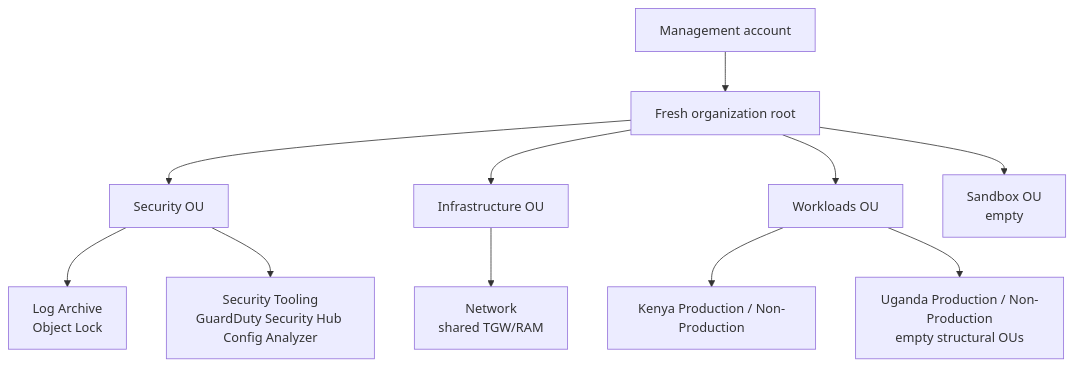
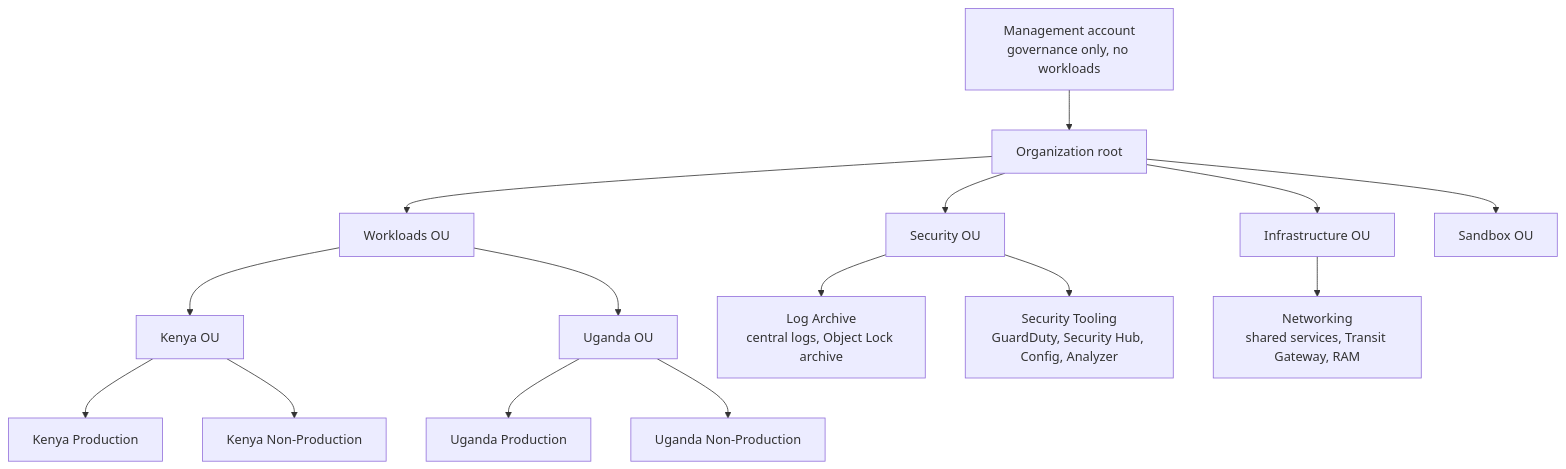
Before and after one commit to KarynC-Stack/sap-retail-landing-zone: the diagram in docs/architecture.md, drawn with Mermaid. The commit also changed other lines of this file and 9 other files, not shown here.

````diff
--- a/docs/architecture.md
+++ b/docs/architecture.md
@@ -3,19 +12,26 @@
 ```mermaid
 flowchart TB
-  mgmt[Management account <MANAGEMENT_ACCOUNT_ID>]
-  root[Fresh organization root]
-  sec[Security OU]
-  infra[Infrastructure OU]
-  workloads[Workloads OU]
-  kenya[Kenya Production / Non-Production]
-  uganda[Uganda Production / Non-Production\nempty structural OUs]
-  sandbox[Sandbox OU\nempty]
-  log[Log Archive\nObject Lock]
-  security[Security Tooling\nGuardDuty Security Hub Config Analyzer]
-  network[Network\nshared TGW/RAM]
+  mgmt["Management account<br/>governance only, no workloads"]
+  root["Organization root"]
+  sec["Security OU"]
+  infra["Infrastructure OU"]
+  workloads["Workloads OU"]
+  sandbox["Sandbox OU"]
+  kenya["Kenya OU"]
+  uganda["Uganda OU"]
+  log["Log Archive<br/>central logs, Object Lock archive"]
+  security["Security Tooling<br/>GuardDuty, Security Hub, Config, Analyzer"]
+  network["Networking<br/>shared services, Transit Gateway, RAM"]
+  kprod["Kenya Production"]
+  knonprod["Kenya Non-Production"]
+  uprod["Uganda Production"]
+  unonprod["Uganda Non-Production"]
   mgmt --> root
   root --> sec & infra & workloads & sandbox
   sec --> log & security
   infra --> network
   workloads --> kenya & uganda
+  kenya --> kprod & knonprod
+  uganda --> uprod & unonprod
+
 ```
````
